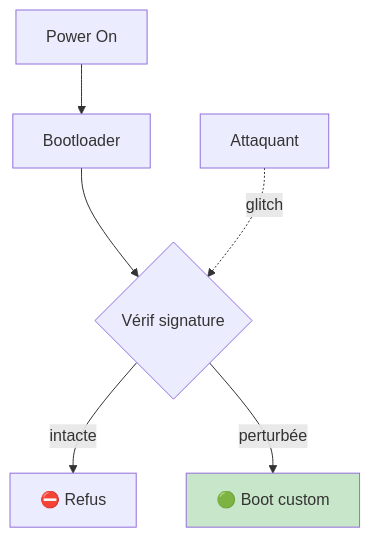
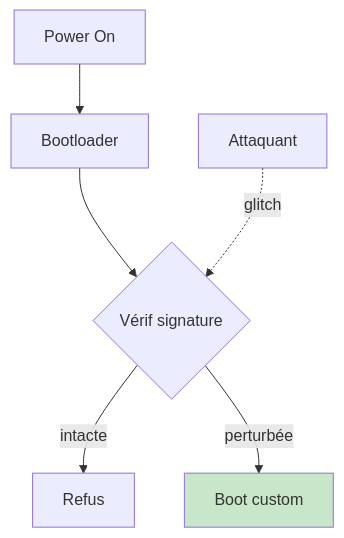
Before and after one commit to F0X-hack/foxhack.fr: the first of 4 diagrams in public/offsidian/vault/Cybersécurité Offensive/Techniques/Hardware - Fault Injection.md, drawn with Mermaid. The commit also changed other lines of this file and 369 other files, not shown here.

````diff
--- a/public/offsidian/vault/Cybersécurité Offensive/Techniques/Hardware - Fault Injection.md
+++ b/public/offsidian/vault/Cybersécurité Offensive/Techniques/Hardware - Fault Injection.md
@@ -54,9 +54,9 @@
 ```mermaid
 flowchart TB
     A["Power On"] --> B["Bootloader"]
     B --> C{"Vérif signature"}
-    C -->|"intacte"| D["⛔ Refus"]
-    C -->|"perturbée"| E["🟢 Boot custom"]
+    C -->|"intacte"| D["Refus"]
+    C -->|"perturbée"| E["Boot custom"]
     ATK["Attaquant"] -.->|"glitch"| C
     style E fill:#c8e6c9
 ```
````
